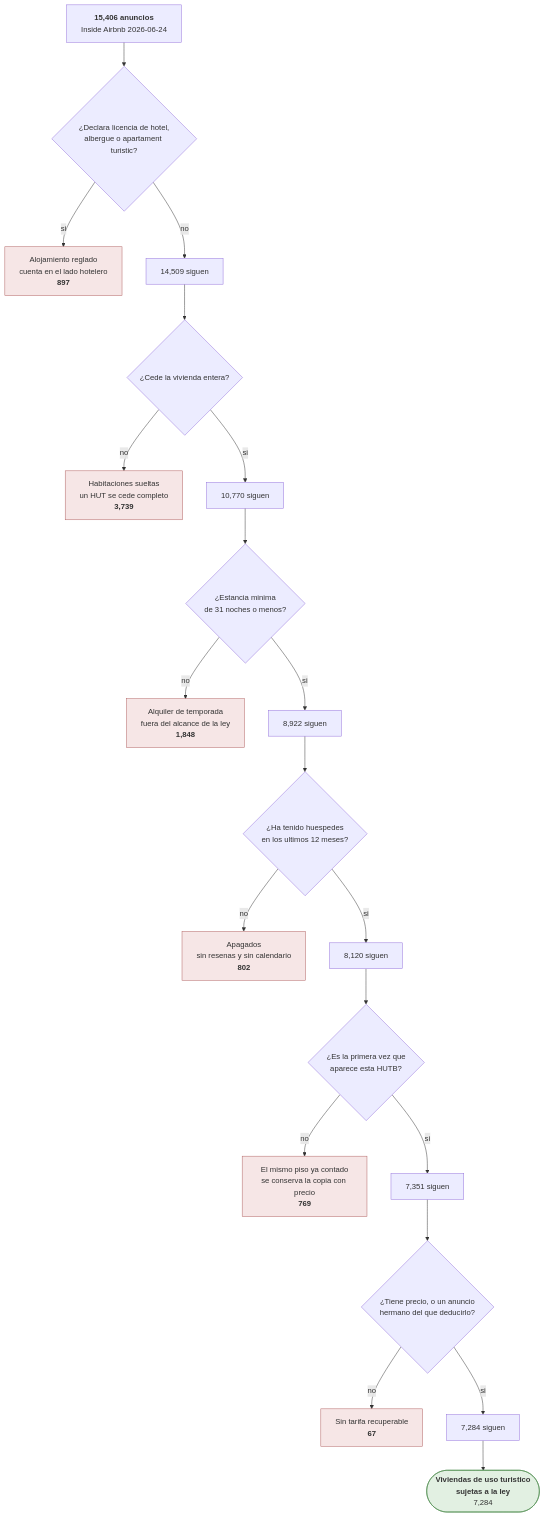
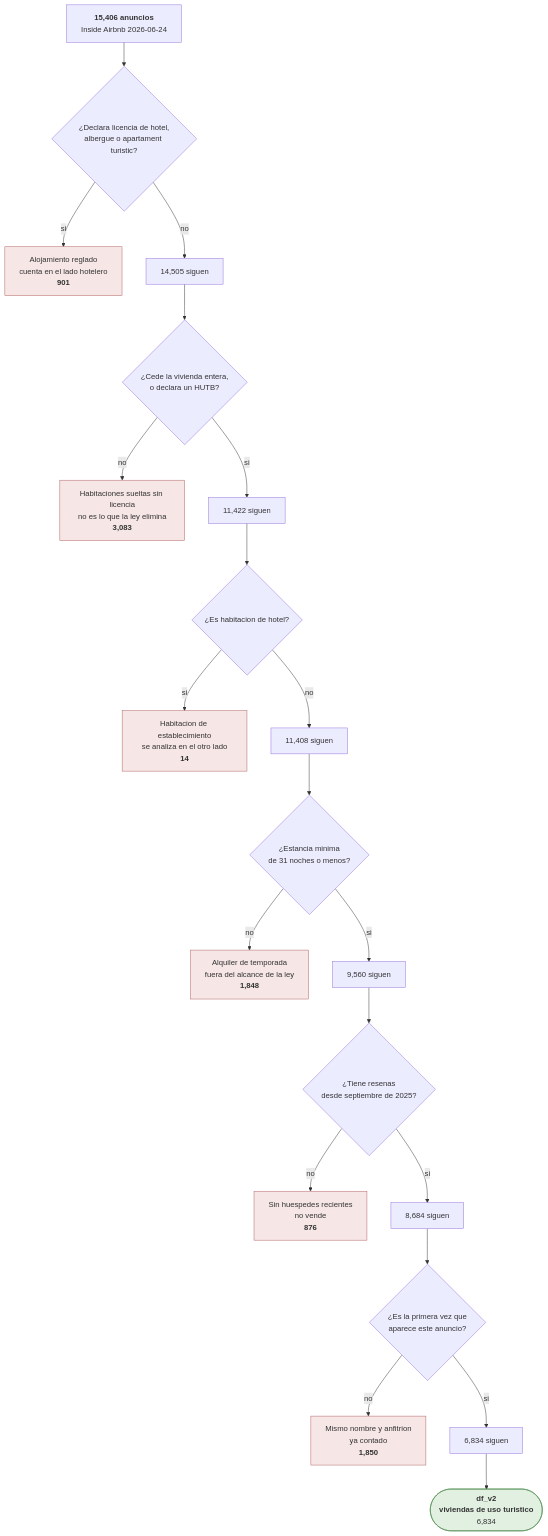
Before and after one commit to Ruthlessallen/Turismo-y-Barcelona: the diagram in docs/criba.md, drawn with Mermaid. The commit also changed other lines of this file and 6 other files, not shown here.

First line of the commit message:
Ordena los notebooks y pone al dia el diagrama de criba

````diff
--- a/docs/criba.md
+++ b/docs/criba.md
@@ -15,46 +15,46 @@
 ```mermaid
 flowchart TD
   entrada["<b>15,406 anuncios</b><br>Inside Airbnb 2026-06-24"]
   d0{"¿Declara licencia de hotel,<br>albergue o apartament turistic?"}
-  x0["Alojamiento reglado<br>cuenta en el lado hotelero<br><b>897</b>"]
-  s0["14,509 siguen"]
+  x0["Alojamiento reglado<br>cuenta en el lado hotelero<br><b>901</b>"]
+  s0["14,505 siguen"]
   entrada --> d0
   d0 -->|"si"| x0
   d0 -->|"no"| s0
-  d1{"¿Cede la vivienda entera?"}
-  x1["Habitaciones sueltas<br>un HUT se cede completo<br><b>3,739</b>"]
-  s1["10,770 siguen"]
+  d1{"¿Cede la vivienda entera,<br>o declara un HUTB?"}
+  x1["Habitaciones sueltas sin licencia<br>no es lo que la ley elimina<br><b>3,083</b>"]
+  s1["11,422 siguen"]
   s0 --> d1
   d1 -->|"no"| x1
   d1 -->|"si"| s1
-  d2{"¿Estancia minima<br>de 31 noches o menos?"}
-  x2["Alquiler de temporada<br>fuera del alcance de la ley<br><b>1,848</b>"]
-  s2["8,922 siguen"]
+  d2{"¿Es habitacion de hotel?"}
+  x2["Habitacion de establecimiento<br>se analiza en el otro lado<br><b>14</b>"]
+  s2["11,408 siguen"]
   s1 --> d2
-  d2 -->|"no"| x2
-  d2 -->|"si"| s2
-  d3{"¿Ha tenido huespedes<br>en los ultimos 12 meses?"}
-  x3["Apagados<br>sin resenas y sin calendario<br><b>802</b>"]
-  s3["8,120 siguen"]
+  d2 -->|"si"| x2
+  d2 -->|"no"| s2
+  d3{"¿Estancia minima<br>de 31 noches o menos?"}
+  x3["Alquiler de temporada<br>fuera del alcance de la ley<br><b>1,848</b>"]
+  s3["9,560 siguen"]
   s2 --> d3
   d3 -->|"no"| x3
   d3 -->|"si"| s3
-  d4{"¿Es la primera vez que<br>aparece esta HUTB?"}
-  x4["El mismo piso ya contado<br>se conserva la copia con precio<br><b>769</b>"]
-  s4["7,351 siguen"]
+  d4{"¿Tiene resenas<br>desde septiembre de 2025?"}
+  x4["Sin huespedes recientes<br>no vende<br><b>876</b>"]
+  s4["8,684 siguen"]
   s3 --> d4
   d4 -->|"no"| x4
   d4 -->|"si"| s4
-  d5{"¿Tiene precio, o un anuncio<br>hermano del que deducirlo?"}
-  x5["Sin tarifa recuperable<br><b>67</b>"]
-  s5["7,284 siguen"]
+  d5{"¿Es la primera vez que<br>aparece este anuncio?"}
+  x5["Mismo nombre y anfitrion<br>ya contado<br><b>1,850</b>"]
+  s5["6,834 siguen"]
   s4 --> d5
   d5 -->|"no"| x5
   d5 -->|"si"| s5
-  final(["<b>Viviendas de uso turistico<br>sujetas a la ley</b><br>7,284"])
+  final(["<b>df_v2<br>viviendas de uso turistico</b><br>6,834"])
   s5 --> final
   classDef descarte fill:#f6e6e6,stroke:#b06060;
   classDef meta fill:#e2f0e2,stroke:#4a8a4a;
   class x0,x1,x2,x3,x4,x5 descarte;
   class final meta;
 ```
````
